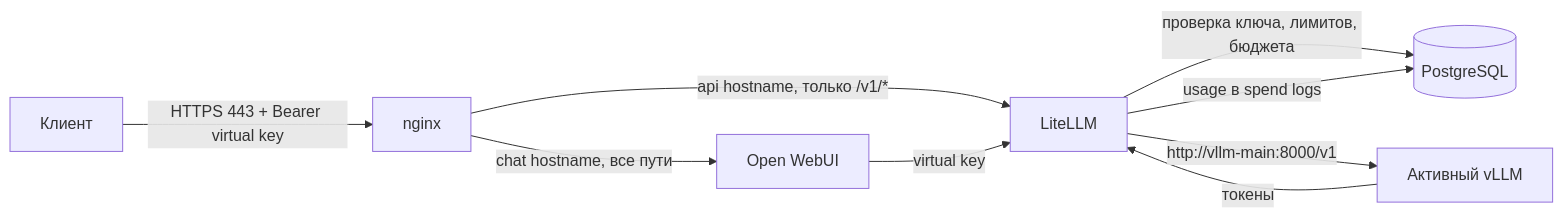
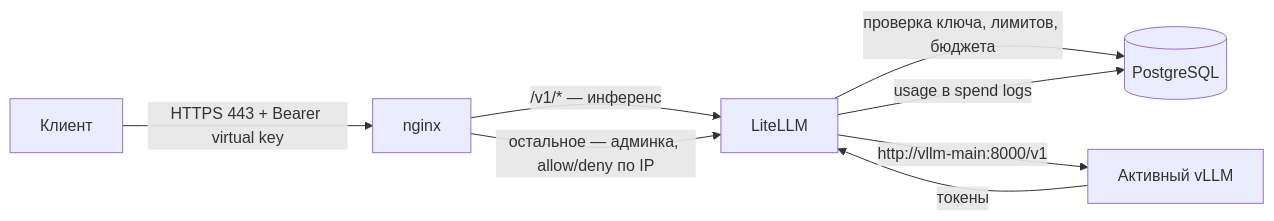
Before and after one commit to TheMrDJek/observable-vllm-stack: the first of 3 diagrams in docs/architecture.md, drawn with Mermaid. The commit also changed other lines of this file and 10 other files, not shown here.

````diff
--- a/docs/architecture.md
+++ b/docs/architecture.md
@@ -9,11 +9,10 @@
 ```mermaid
 flowchart LR
   client[Клиент] -->|"HTTPS 443 + Bearer virtual key"| nginx[nginx]
-  nginx -->|"api hostname, только /v1/*"| litellm[LiteLLM]
-  nginx -->|"chat hostname, все пути"| webui[Open WebUI]
-  webui -->|"virtual key"| litellm
+  nginx -->|"/v1/* — инференс"| litellm[LiteLLM]
+  nginx -->|"остальное — админка, allow/deny по IP"| litellm
   litellm -->|"проверка ключа, лимитов, бюджета"| postgres[(PostgreSQL)]
   litellm -->|"http://vllm-main:8000/v1"| vllm[Активный vLLM]
   vllm -->|"токены"| litellm
   litellm -->|"usage в spend logs"| postgres
 ```
````
